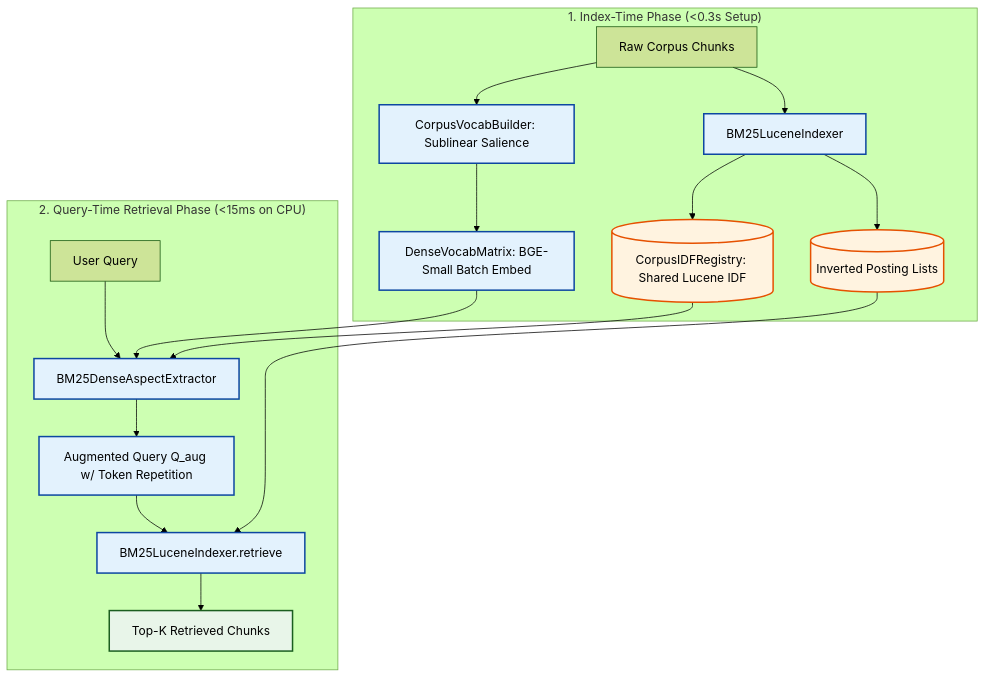
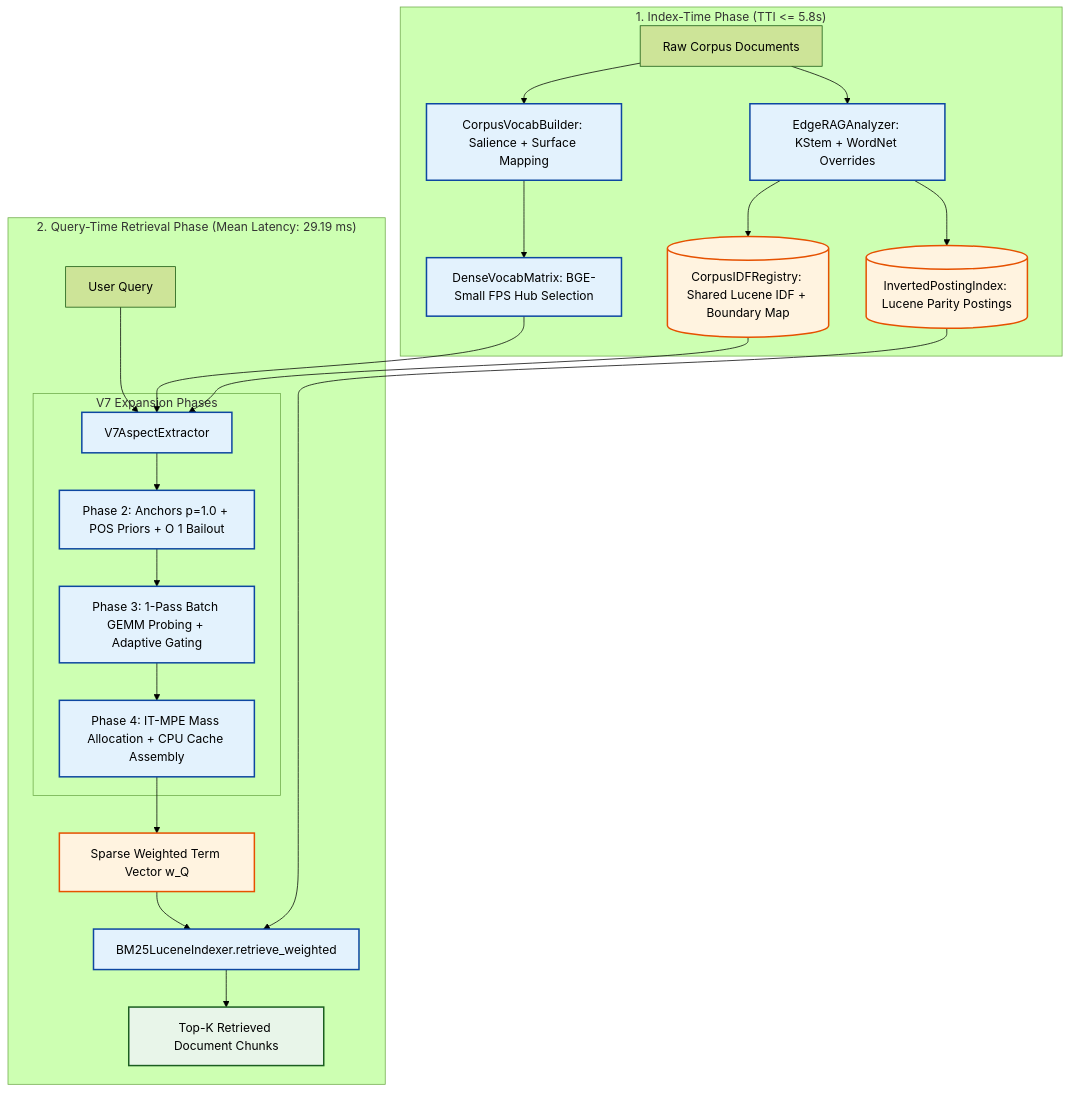
The diagram in docs/ARCHITECTURE.md (spchjken/Edge-RAG), drawn with Mermaid (forest theme) before and after one commit. The commit also changed other lines of this file and 12 other files, not shown here.

````diff
--- a/docs/ARCHITECTURE.md
+++ b/docs/ARCHITECTURE.md
@@ -14,24 +13,31 @@
 ```mermaid
 graph TD
     classDef compute fill:#e3f2fd,stroke:#0d47a1,stroke-width:2px,color:#000000;
     classDef storage fill:#fff3e0,stroke:#e65100,stroke-width:2px,color:#000000;
     classDef target fill:#e8f5e9,stroke:#1b5e20,stroke-width:2px,color:#000000;
 
-    subgraph Index_Time ["1. Index-Time Phase (<0.3s Setup)"]
-        Doc[Raw Corpus Chunks] --> IDX[BM25LuceneIndexer]:::compute
-        IDX --> POSTINGS[(Inverted Posting Lists)]:::storage
-        IDX --> IDF_REG[(CorpusIDFRegistry: Shared Lucene IDF)]:::storage
-        Doc --> VOCAB_BUILD[CorpusVocabBuilder: Sublinear Salience]:::compute
-        VOCAB_BUILD --> DENSE_MAT[DenseVocabMatrix: BGE-Small Batch Embed]:::compute
+    subgraph Index_Time ["1. Index-Time Phase (TTI <= 5.8s)"]
+        RawDocs[Raw Corpus Documents] --> ANALYZER_IDX[EdgeRAGAnalyzer: KStem + WordNet Overrides]:::compute
+        ANALYZER_IDX --> POSTINGS[(InvertedPostingIndex: Lucene Parity Postings)]:::storage
+        ANALYZER_IDX --> IDF_REG[(CorpusIDFRegistry: Shared Lucene IDF + Boundary Map)]:::storage
+        RawDocs --> VOCAB_BUILD[CorpusVocabBuilder: Salience + Surface Mapping]:::compute
+        VOCAB_BUILD --> DENSE_MAT[DenseVocabMatrix: BGE-Small FPS Hub Selection]:::compute
     end
 
-    subgraph Query_Time ["2. Query-Time Retrieval Phase (<15ms on CPU)"]
-        Q[User Query] --> EXTRACTOR[BM25DenseAspectExtractor]:::compute
-        IDF_REG --> EXTRACTOR
-        DENSE_MAT --> EXTRACTOR
-        EXTRACTOR --> Q_AUG[Augmented Query Q_aug w/ Token Repetition]:::compute
-        Q_AUG --> RETRIEVER[BM25LuceneIndexer.retrieve]:::compute
+    subgraph Query_Time ["2. Query-Time Retrieval Phase (Mean Latency: 29.19 ms)"]
+        Q[User Query] --> V7_EXTRACTOR[V7AspectExtractor]:::compute
+        IDF_REG --> V7_EXTRACTOR
+        DENSE_MAT --> V7_EXTRACTOR
+        
+        subgraph V7_Phases ["V7 Expansion Phases"]
+            V7_EXTRACTOR --> P2[Phase 2: Anchors p=1.0 + POS Priors + O 1 Bailout]:::compute
+            P2 --> P3[Phase 3: 1-Pass Batch GEMM Probing + Adaptive Gating]:::compute
+            P3 --> P4[Phase 4: IT-MPE Mass Allocation + CPU Cache Assembly]:::compute
+        end
+
+        P4 --> W_Q[Sparse Weighted Term Vector w_Q]:::storage
+        W_Q --> RETRIEVER[BM25LuceneIndexer.retrieve_weighted]:::compute
         POSTINGS --> RETRIEVER
-        RETRIEVER --> CANDIDATES[Top-K Retrieved Chunks]:::target
+        RETRIEVER --> CANDIDATES[Top-K Retrieved Document Chunks]:::target
     end
 ```
````
